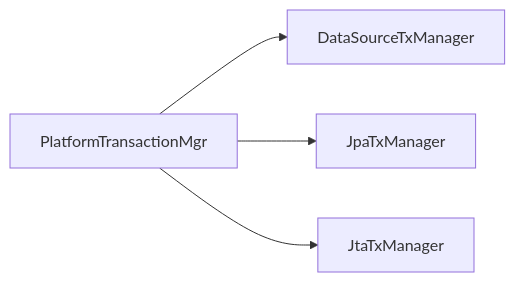
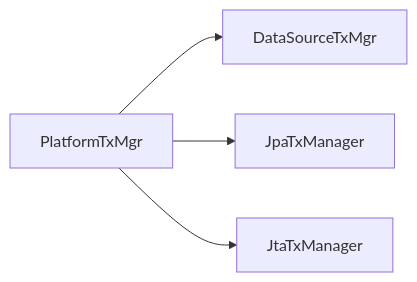
Before and after one commit to yjkim2015/yjkim2015.github.io: the fifth of 8 diagrams in _posts/spring/2026-05-02-spring-db-1.md, drawn with Mermaid. The commit also changed other lines of this file and 245 other files, not shown here.

First line of the commit message:
Mermaid 다이어그램 전면 수정 + 면접 포인트 접기/펼치기 + DB 데드락 페이지

````diff
--- a/_posts/spring/2026-05-02-spring-db-1.md
+++ b/_posts/spring/2026-05-02-spring-db-1.md
@@ -689,6 +689,6 @@
 ```mermaid
 graph LR
-    PTM["PlatformTransactionMgr"] --> DSTM["DataSourceTxManager"]
+    PTM["PlatformTxMgr"] --> DSTM["DataSourceTxMgr"]
     PTM --> JTM["JpaTxManager"]
     PTM --> JTATM["JtaTxManager"]
 ```
````
